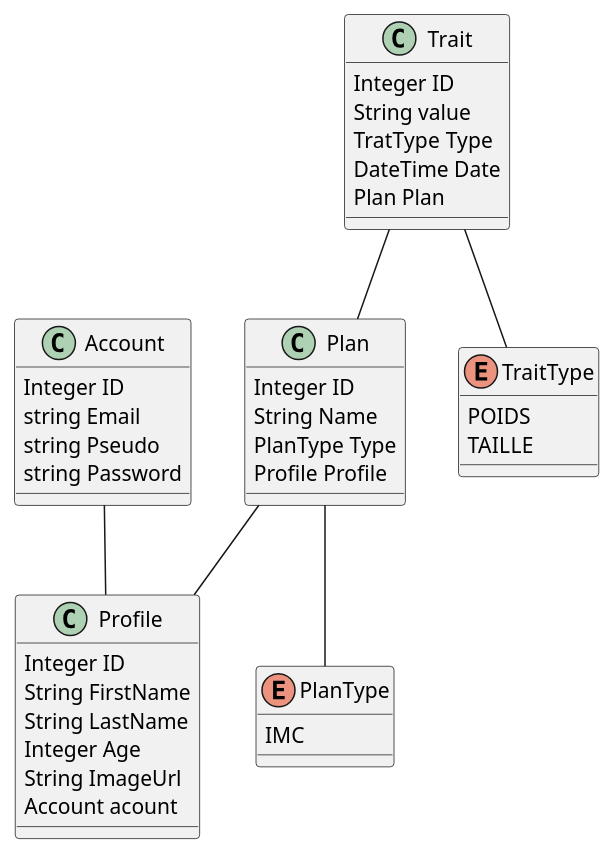
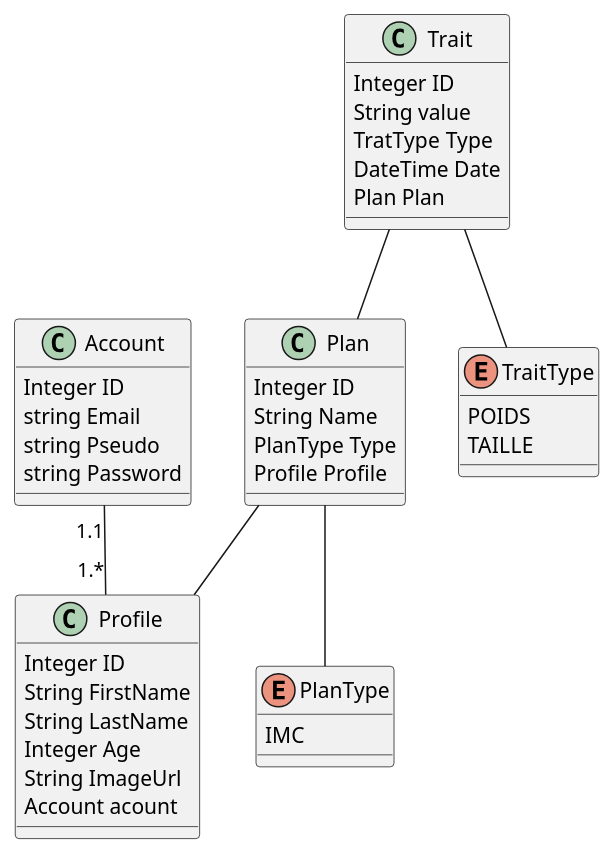
The diagram in UML/plant-UML/classes.puml (darkshark29/heal-fit), drawn with PlantUML before and after one commit. The commit also changed 10 other files, not shown here.

```diff
--- a/UML/plant-UML/classes.puml
+++ b/UML/plant-UML/classes.puml
@@ -1,57 +1,57 @@
 @startuml
 
 class Account
 {
 	Integer ID
 	string Email
 	string Pseudo
 	string Password
 }
 
 class Profile
 {
 	Integer ID
 	String FirstName
 	String LastName
 	Integer Age
 	String ImageUrl
 	Account acount
 }
 
-Account -- Profile
+Account "1.1" -- "1.*" Profile
 
 enum PlanType
 {
 	IMC
 }
 
 class Plan
 {
 	Integer ID
 	String Name
 	PlanType Type
 	Profile Profile
 }
 
 Plan -- PlanType
 Plan -- Profile
 
 enum TraitType
 {
 	POIDS
 	TAILLE
 }
 
 class Trait
 { 
 	Integer ID
 	String value
 	TratType Type
 	DateTime Date
 	Plan Plan
 }
 
 Trait -- TraitType
 Trait -- Plan
 
 @enduml
```
